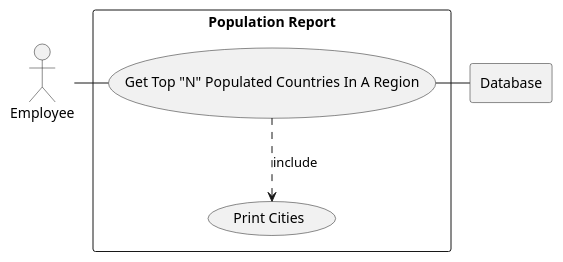
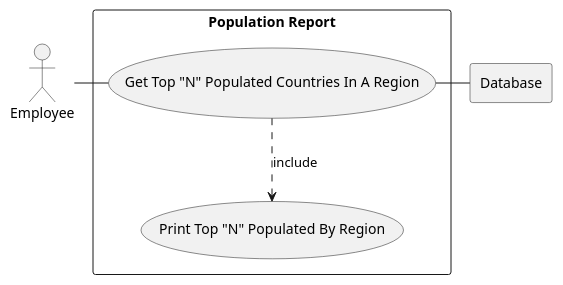
Before and after one commit to KelvinPompey-40718390/sem-project-group6: the diagram in use-cases/top-populated-countries.puml, drawn with PlantUML.

Commit message:
update format

```diff
--- a/use-cases/top-populated-countries.puml
+++ b/use-cases/top-populated-countries.puml
@@ -1,17 +1,17 @@
 @startuml
 
 actor E as "Employee"
 
 rectangle Database
 
 rectangle "Population Report" {
     usecase UC6 as "Get Top "N" Populated Countries In A Region"
 
-    usecase UCa as "Print Cities"
+    usecase UCa as "Print Top "N" Populated By Region"
 
     E - UC6
     UC6 ..> UCa : include
     UC6 - Database
 }
 
 @enduml
```
